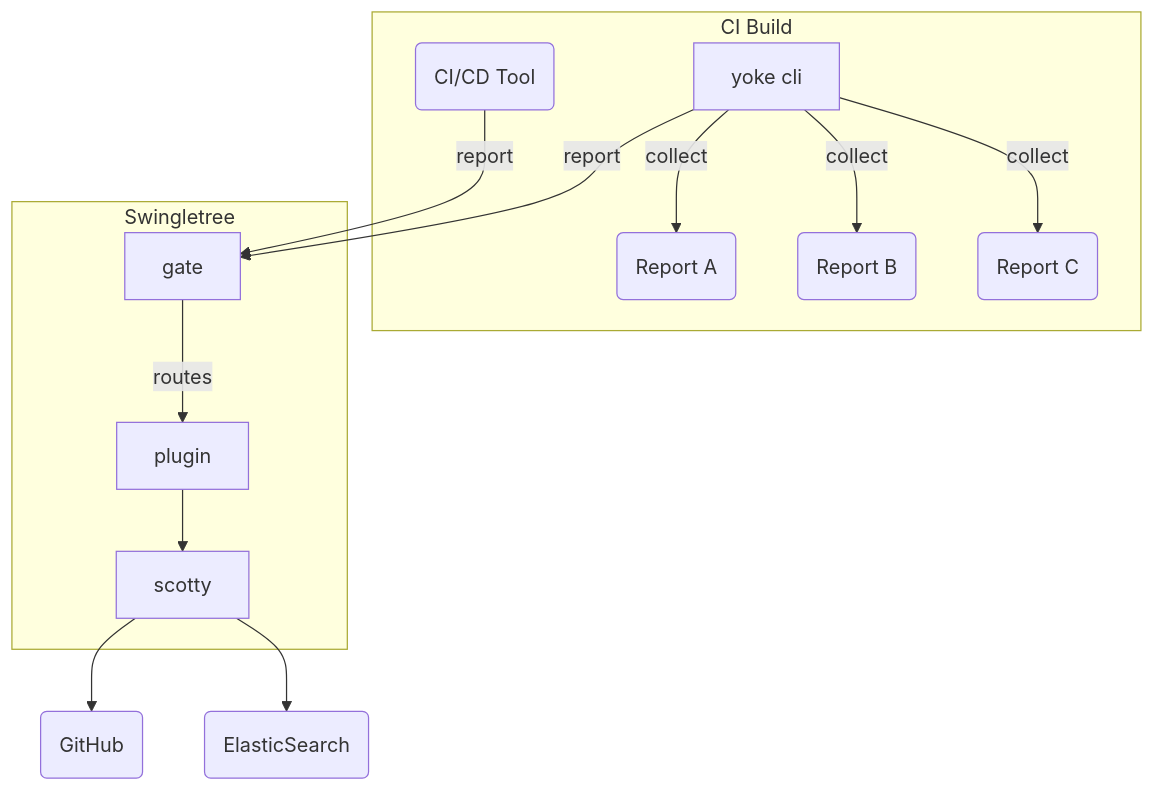
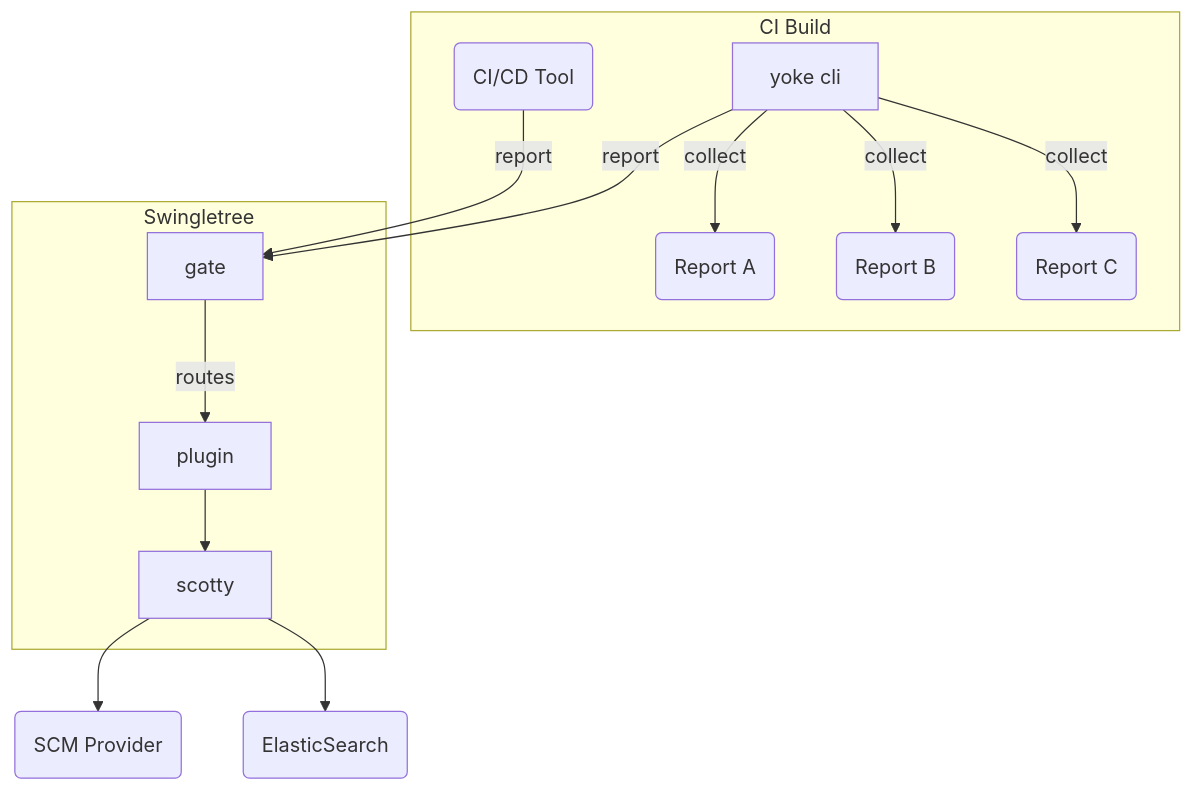
Before and after one commit to swingletree-oss/swingletree: the diagram in docs/_docs/index.md, drawn with Mermaid. The commit also changed 1 other file, not shown here.

Commit message:
docs(pages): use scm provider wording

```diff
--- a/docs/_docs/index.md
+++ b/docs/_docs/index.md
@@ -22,32 +22,32 @@
 <div class="mermaid">
     graph TD
     subgraph CI Build
       A(Report A)
       B(Report B) 
       C(Report C)
       tool(CI/CD Tool)
       yoke[yoke cli]
     end
 
-    gh(GitHub)
+    gh(SCM Provider)
     elastic(ElasticSearch)
 
     subgraph Swingletree
       gate
       plugin
       scotty
     end
     
     yoke --collect--> A
     yoke --collect--> B
     yoke --collect--> C
     
     yoke --report--> gate
     tool --report--> gate
     
     gate --routes--> plugin
     plugin --> scotty
 
     scotty --> gh
     scotty --> elastic
 </div>
```
